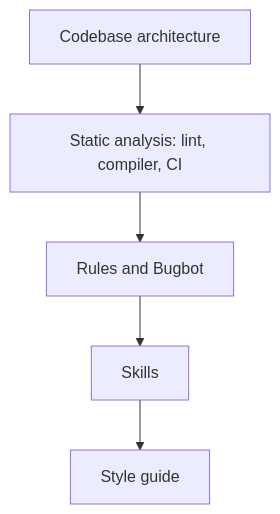
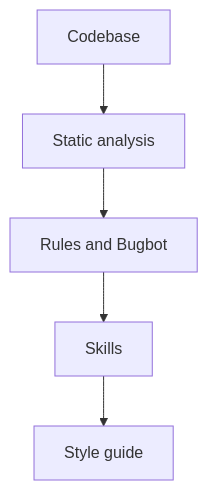
The diagram in src/content/blog/making-coding-agents-trustworthy.mdx (g-savitha/gsavitha.in), drawn with Mermaid before and after one commit. The commit also changed other lines of this file, not shown here.

````diff
--- a/src/content/blog/making-coding-agents-trustworthy.mdx
+++ b/src/content/blog/making-coding-agents-trustworthy.mdx
@@ -188,7 +269,9 @@
 ```mermaid
 flowchart TD
-    A["Codebase architecture"] --> B["Static analysis: lint, compiler, CI"]
+    A["Codebase"] --> B["Static analysis"]
     B --> C["Rules and Bugbot"]
     C --> D["Skills"]
     D --> E["Style guide"]
+    class A,B success
+    class C,D,E warning
 ```
````
